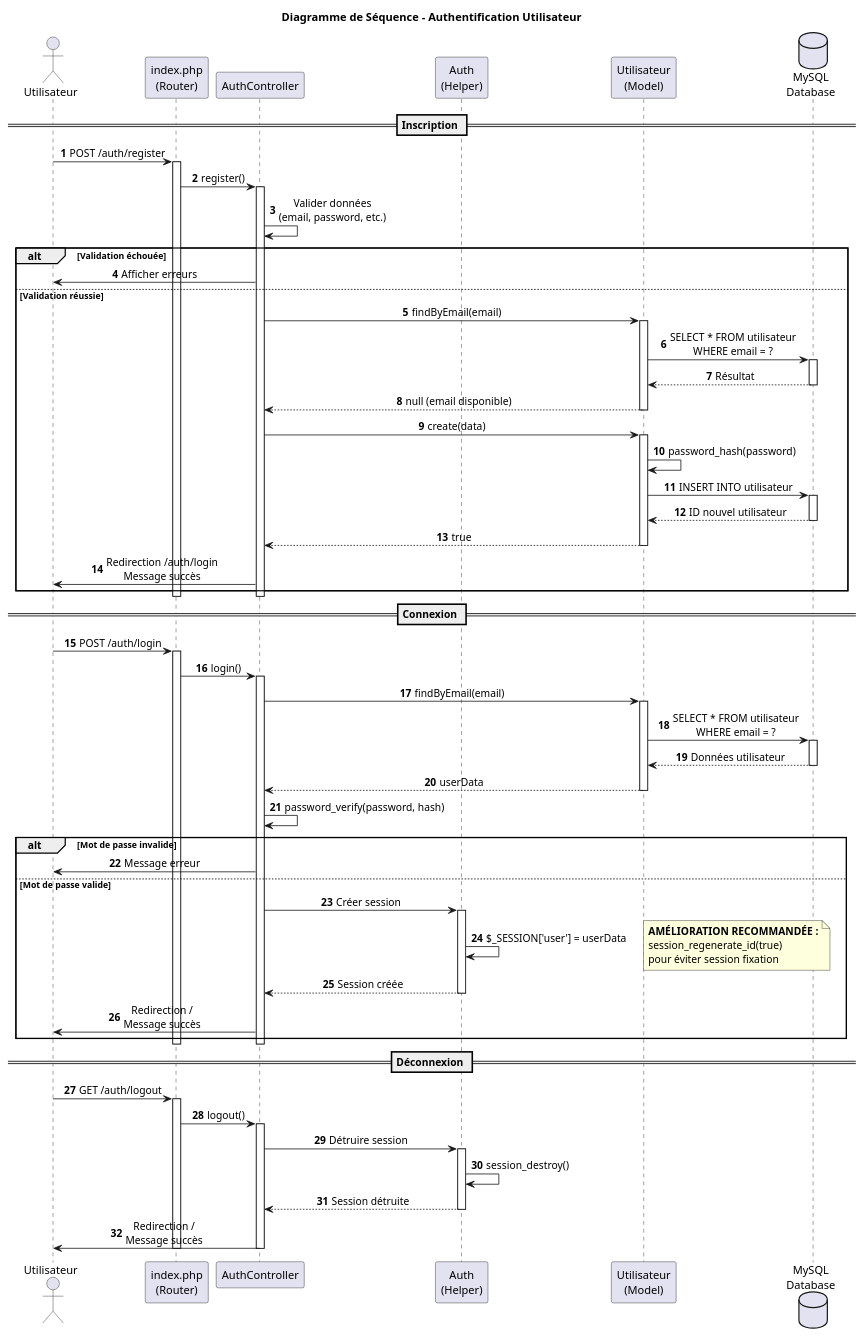
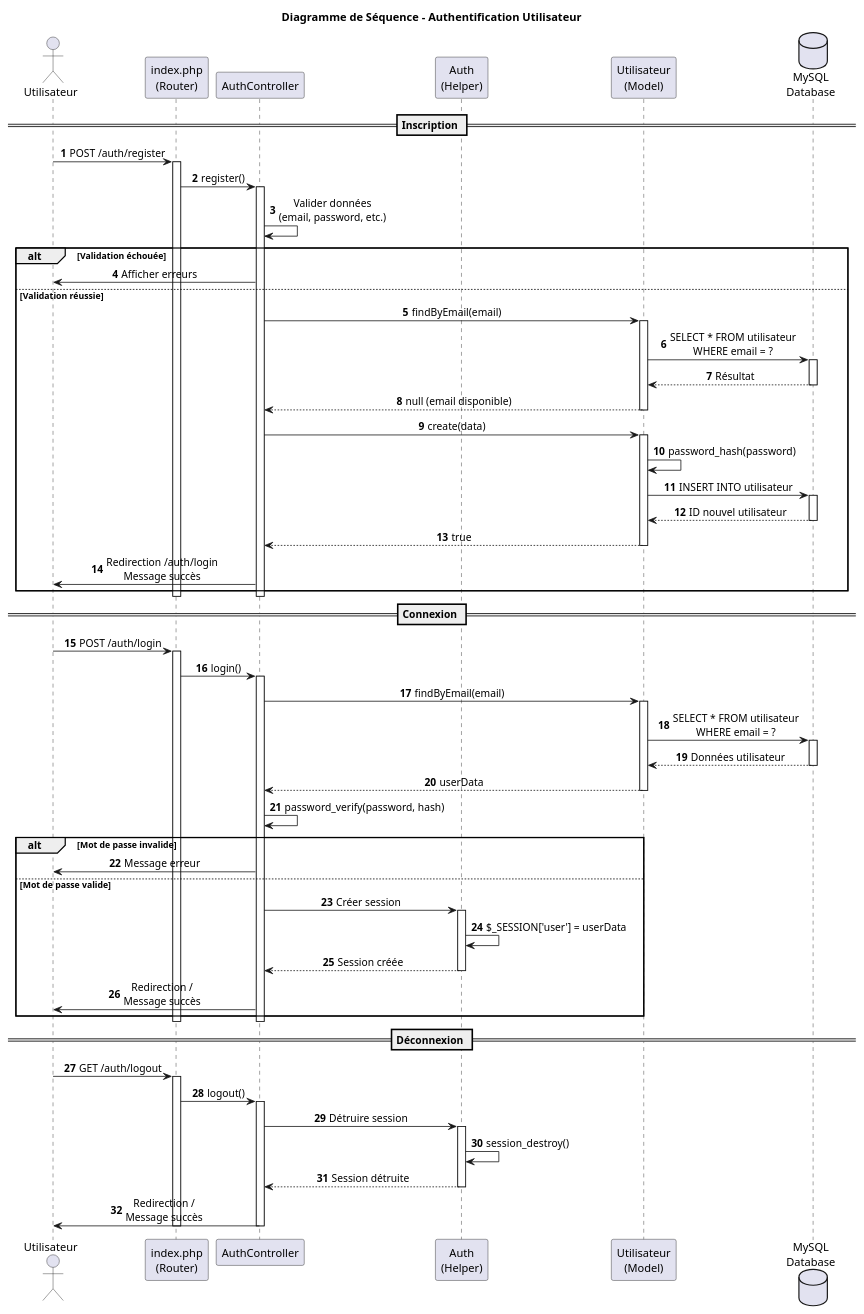
One commit to MGio12/mediatheque changed the diagram in documentation/diagrammes/03-sequence-authentification.puml. Above: the diagram before and after it, drawn with PlantUML. The commit also changed 17 other files, not shown here.

Commit message:
perfectionnement des diagrammes

```diff
--- a/documentation/diagrammes/03-sequence-authentification.puml
+++ b/documentation/diagrammes/03-sequence-authentification.puml
@@ -1,109 +1,105 @@
 @startuml Sequence Diagram - Authentification
 
 ' Configuration
 skinparam sequenceMessageAlign center
+skinparam responseMessageBelowArrow true
 autonumber
 
 title Diagramme de Séquence - Authentification Utilisateur
 
 actor Utilisateur as user
 participant "index.php\n(Router)" as router
 participant AuthController as controller
 participant "Auth\n(Helper)" as auth
 participant "Utilisateur\n(Model)" as model
 database "MySQL\nDatabase" as db
 
 == Inscription ==
 user -> router : POST /auth/register
 activate router
 
 router -> controller : register()
 activate controller
 
 controller -> controller : Valider données\n(email, password, etc.)
 
 alt Validation échouée
   controller -> user : Afficher erreurs
 else Validation réussie
   controller -> model : findByEmail(email)
   activate model
   model -> db : SELECT * FROM utilisateur\nWHERE email = ?
   activate db
   db --> model : Résultat
   deactivate db
   model --> controller : null (email disponible)
   deactivate model
 
   controller -> model : create(data)
   activate model
   model -> model : password_hash(password)
   model -> db : INSERT INTO utilisateur
   activate db
   db --> model : ID nouvel utilisateur
   deactivate db
   model --> controller : true
   deactivate model
 
   controller -> user : Redirection /auth/login\nMessage succès
 end
 
 deactivate controller
 deactivate router
 
 == Connexion ==
 user -> router : POST /auth/login
 activate router
 
 router -> controller : login()
 activate controller
 
 controller -> model : findByEmail(email)
 activate model
 model -> db : SELECT * FROM utilisateur\nWHERE email = ?
 activate db
 db --> model : Données utilisateur
 deactivate db
 model --> controller : userData
 deactivate model
 
 controller -> controller : password_verify(password, hash)
 
 alt Mot de passe invalide
   controller -> user : Message erreur
 else Mot de passe valide
   controller -> auth : Créer session
   activate auth
   auth -> auth : $_SESSION['user'] = userData
-  note right
-    **AMÉLIORATION RECOMMANDÉE :**
-    session_regenerate_id(true)
-    pour éviter session fixation
-  end note
   auth --> controller : Session créée
   deactivate auth
 
   controller -> user : Redirection /\nMessage succès
 end
 
 deactivate controller
 deactivate router
 
 == Déconnexion ==
 user -> router : GET /auth/logout
 activate router
 
 router -> controller : logout()
 activate controller
 
 controller -> auth : Détruire session
 activate auth
 auth -> auth : session_destroy()
 auth --> controller : Session détruite
 deactivate auth
 
 controller -> user : Redirection /\nMessage succès
 
 deactivate controller
 deactivate router
 
 @enduml
```
